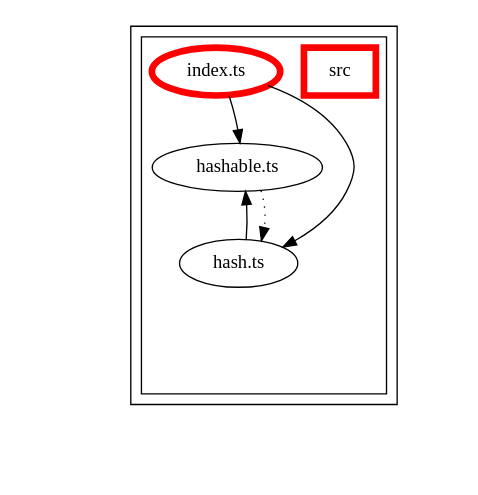
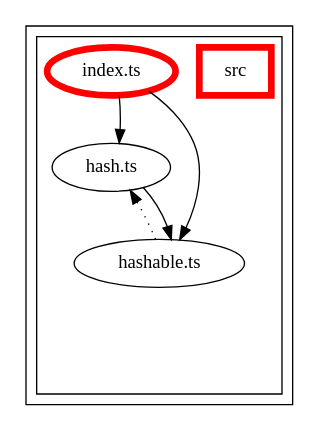
One commit to Siteimprove/alfa changed the diagram in packages/alfa-hash/docs/dependency-graph.dot. Above: the diagram before and after it, drawn with Graphviz. The commit also changed 161 other files, not shown here.

First line of the commit message:
Update packages dependency graphs (#1900)

```diff
--- a/packages/alfa-hash/docs/dependency-graph.dot
+++ b/packages/alfa-hash/docs/dependency-graph.dot
@@ -1,102 +1,82 @@
-digraph "dependency-graph-[object Object]" {
+digraph "dependency-graph-@siteimprove/alfa-hash" {
   compound = true;
-  "dependency-graph-[object Object]" [
-    style = "invis";
-  ];
+  "src/hash.ts";
   "src/hashable.ts";
-  "src/hash.ts";
   subgraph "cluster_src" {
     color = "#000000";
     label = "";
-    "name_src" [
-      penwidth = 5;
-      shape = "rectangle";
-      color = "#ff0000";
-      label = "src";
-    ];
     "exit_src" [
       style = "invis";
     ];
     subgraph "cluster_src" {
       color = "#000000";
       label = "";
       "name_src" [
         penwidth = 5;
         shape = "rectangle";
         color = "#ff0000";
         label = "src";
       ];
       "exit_src" [
         style = "invis";
       ];
-      "src/hash.ts" [
-        label = "hash.ts";
-      ];
       "src/hashable.ts" [
         label = "hashable.ts";
       ];
       "src/index.ts" [
         label = "index.ts";
         color = "#ff0000";
         penwidth = 5;
       ];
-      "src/hash.ts" -> "exit_src" [
-        style = "invis";
+      "src/hash.ts" [
+        label = "hash.ts";
       ];
       "src/hashable.ts" -> "exit_src" [
         style = "invis";
       ];
       "src/index.ts" -> "exit_src" [
+        style = "invis";
+      ];
+      "src/hash.ts" -> "exit_src" [
         style = "invis";
       ];
     }
     "exit_src" -> "exit_src" [
       style = "invis";
     ];
     "exit_src" -> "exit_src" [
       style = "invis";
     ];
     "exit_src" -> "exit_src" [
       style = "invis";
     ];
   }
-  "exit_src" -> "dependency-graph-[object Object]" [
-    style = "invis";
-  ];
-  "src/hash.ts" -> "src/hashable.ts" [
-    style = "invis";
-  ];
-  "src/hash.ts" -> "src/hashable.ts" [
-    style = "solid";
-    ltail = "cluster_src/hash.ts";
-    lhead = "cluster_src/hashable.ts";
-    color = "black";
-  ];
   "src/hashable.ts" -> "src/hash.ts" [
     style = "invis";
   ];
   "src/hashable.ts" -> "src/hash.ts" [
     style = "dotted";
-    ltail = "cluster_src/hashable.ts";
-    lhead = "cluster_src/hash.ts";
     color = "black";
   ];
   "src/index.ts" -> "src/hash.ts" [
     style = "invis";
   ];
   "src/index.ts" -> "src/hash.ts" [
     style = "solid";
-    ltail = "cluster_src/index.ts";
-    lhead = "cluster_src/hash.ts";
     color = "black";
   ];
   "src/index.ts" -> "src/hashable.ts" [
     style = "invis";
   ];
   "src/index.ts" -> "src/hashable.ts" [
     style = "solid";
-    ltail = "cluster_src/index.ts";
-    lhead = "cluster_src/hashable.ts";
+    color = "black";
+  ];
+  "src/hash.ts" -> "src/hashable.ts" [
+    style = "invis";
+  ];
+  "src/hash.ts" -> "src/hashable.ts" [
+    style = "solid";
     color = "black";
   ];
 }
```
